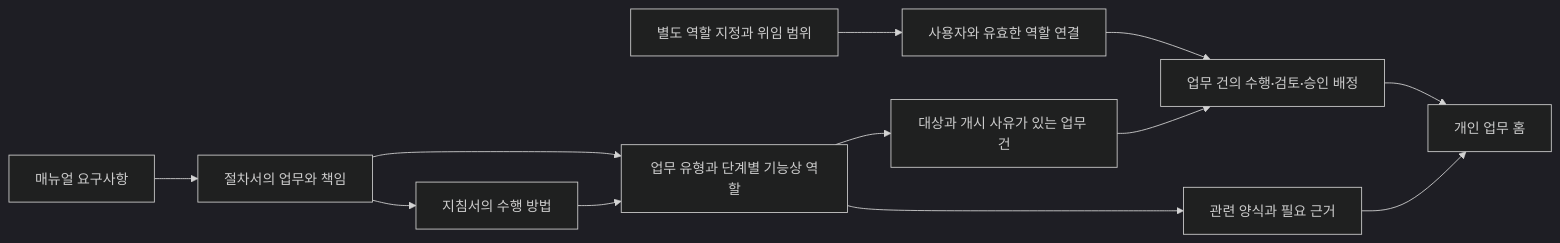
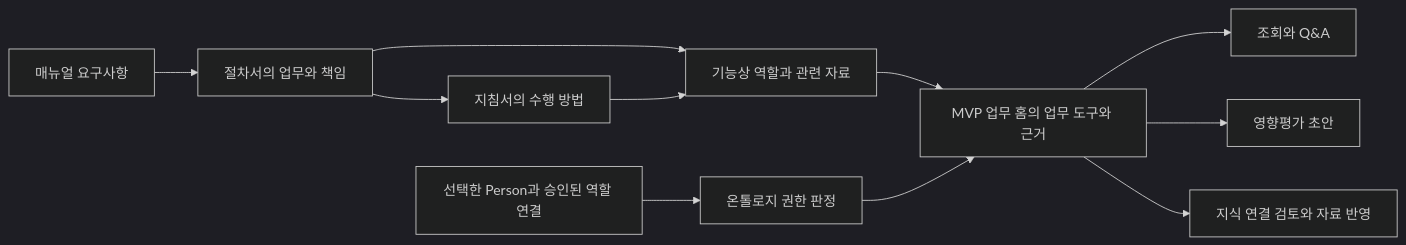
The first of 2 diagrams in docs/superpowers/specs/2026-10-22-erp-ui-design.md (forcom/iso-agent), drawn with Mermaid (dark theme) before and after one commit. The commit also changed other lines of this file and 2 other files, not shown here.

Commit message:
docs: align ERP UI design with issue 1 MVP scope

````diff
--- a/docs/superpowers/specs/2026-10-22-erp-ui-design.md
+++ b/docs/superpowers/specs/2026-10-22-erp-ui-design.md
@@ -44,14 +54,13 @@
-```mermaid
+~~~mermaid
 flowchart LR
     M[매뉴얼 요구사항] --> P[절차서의 업무와 책임]
     P --> G[지침서의 수행 방법]
-    P --> W[업무 유형과 단계별 기능상 역할]
-    G --> W
-    W --> F[관련 양식과 필요 근거]
-    R[별도 역할 지정과 위임 범위] --> U[사용자와 유효한 역할 연결]
-    W --> I[대상과 개시 사유가 있는 업무 건]
-    U --> A[업무 건의 수행·검토·승인 배정]
-    I --> A
-    A --> H[개인 업무 홈]
-    F --> H
-```
+    P --> R[기능상 역할과 관련 자료]
+    G --> R
+    U[선택한 Person과 승인된 역할 연결] --> A[온톨로지 권한 판정]
+    R --> H[MVP 업무 홈의 업무 도구와 근거]
+    A --> H
+    H --> Q[조회와 Q&A]
+    H --> D[영향평가 초안]
+    H --> K[지식 연결 검토와 자료 반영]
+~~~
````
